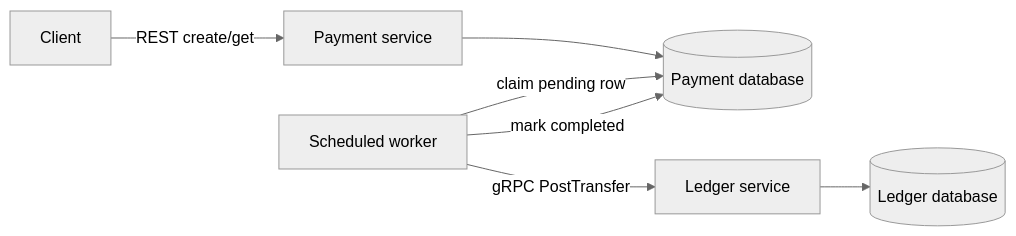
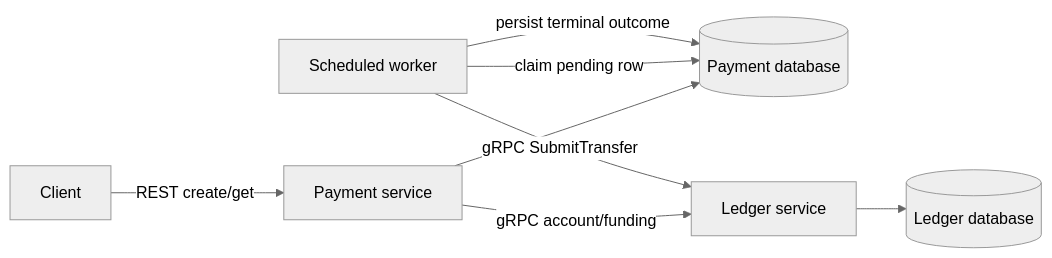
Before and after one commit to nikhilsaravanan/payment-platform: the diagram in README.md, drawn with Mermaid (neutral theme). The commit also changed other lines of this file and 6 other files, not shown here.

````diff
--- a/README.md
+++ b/README.md
@@ -75,9 +104,10 @@
 ```mermaid
 flowchart LR
     Client -->|REST create/get| Payment[Payment service]
     Payment --> PDB[(Payment database)]
+    Payment -->|gRPC account/funding| Ledger[Ledger service]
     Worker[Scheduled worker] -->|claim pending row| PDB
-    Worker -->|gRPC PostTransfer| Ledger[Ledger service]
+    Worker -->|gRPC SubmitTransfer| Ledger
     Ledger --> LDB[(Ledger database)]
-    Worker -->|mark completed| PDB
+    Worker -->|persist terminal outcome| PDB
 ```
````
